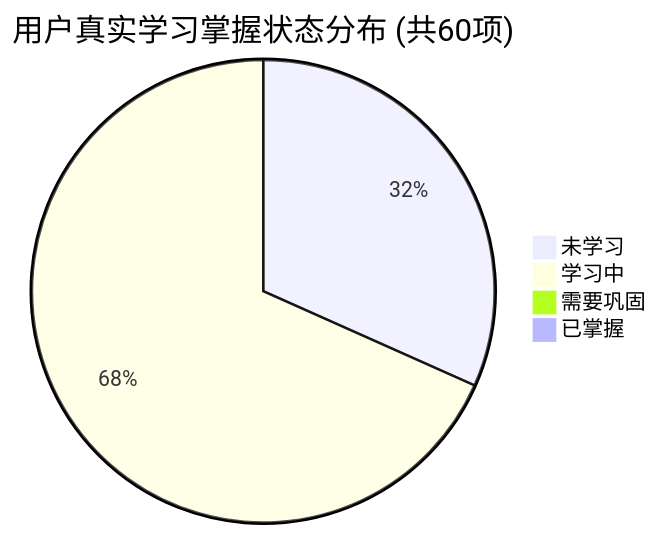
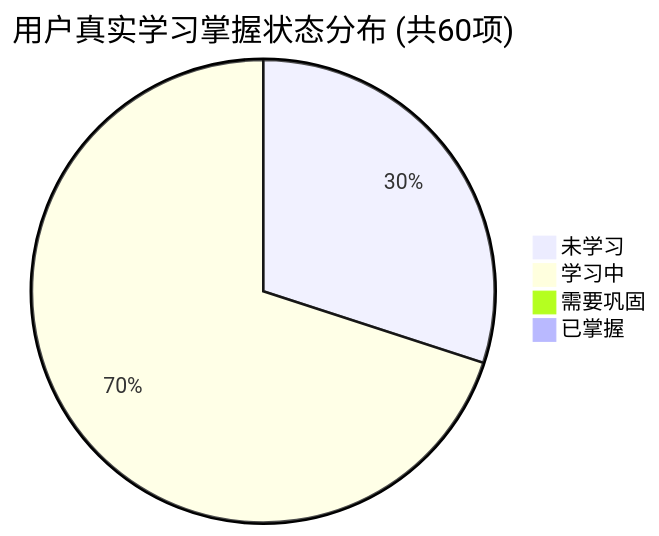
The first of 2 diagrams in PROGRESS.md (tieke1121/tech-interview-knowledge-base), drawn with Mermaid before and after one commit. The commit also changed other lines of this file and 1 other file, not shown here.

````diff
--- a/PROGRESS.md
+++ b/PROGRESS.md
@@ -27,7 +27,7 @@
 ```mermaid
 pie title 用户真实学习掌握状态分布 (共60项)
-    "未学习" : 19
-    "学习中" : 41
+    "未学习" : 18
+    "学习中" : 42
     "需要巩固" : 0
     "已掌握" : 0
 ```
````
